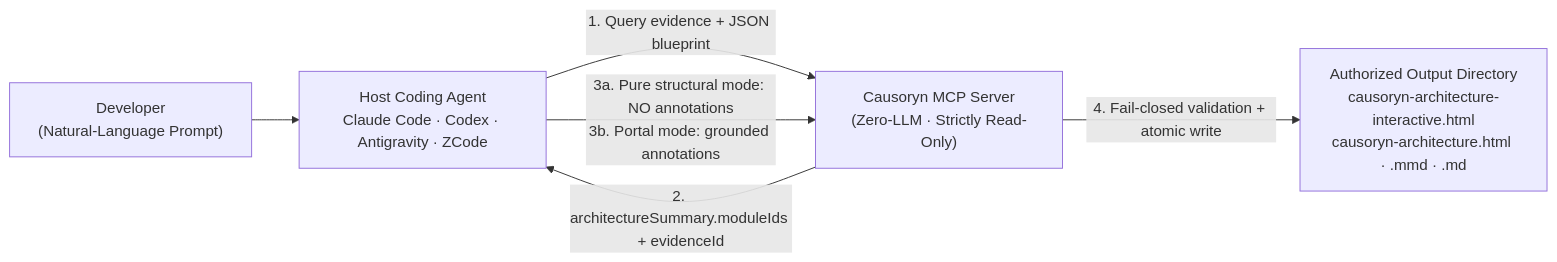
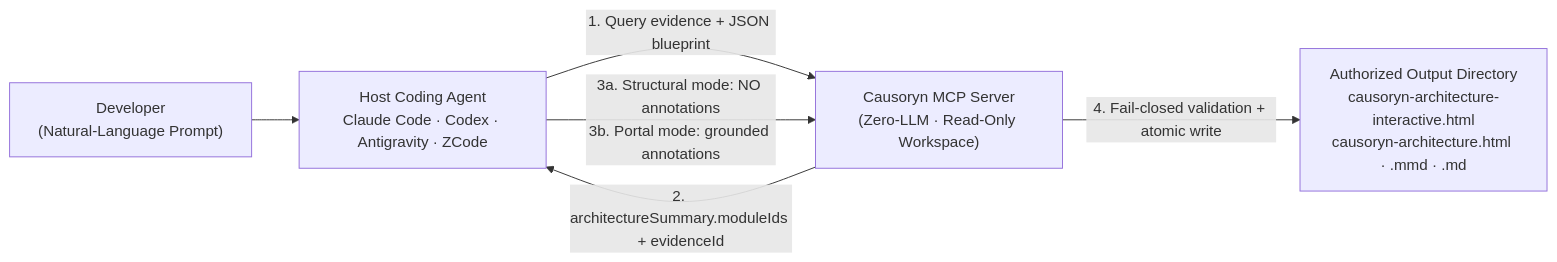
One commit to MrBekoX/Causoryn changed the diagram in docs/en/prompting-and-architecture-portals.md. Above: the diagram before and after it, drawn with Mermaid. The commit also changed other lines of this file and 11 other files, not shown here.

````diff
--- a/docs/en/prompting-and-architecture-portals.md
+++ b/docs/en/prompting-and-architecture-portals.md
@@ -23,8 +23,8 @@
 ```mermaid
 flowchart LR
   USER["Developer<br/>(Natural-Language Prompt)"] --> HOST["Host Coding Agent<br/>Claude Code · Codex · Antigravity · ZCode"]
-  HOST -->|"1. Query evidence + JSON blueprint"| MCP["Causoryn MCP Server<br/>(Zero-LLM · Strictly Read-Only)"]
+  HOST -->|"1. Query evidence + JSON blueprint"| MCP["Causoryn MCP Server<br/>(Zero-LLM · Read-Only Workspace)"]
   MCP -->|"2. architectureSummary.moduleIds + evidenceId"| HOST
-  HOST -->|"3a. Pure structural mode: NO annotations<br/>3b. Portal mode: grounded annotations"| MCP
+  HOST -->|"3a. Structural mode: NO annotations<br/>3b. Portal mode: grounded annotations"| MCP
   MCP -->|"4. Fail-closed validation + atomic write"| OUT["Authorized Output Directory<br/>causoryn-architecture-interactive.html<br/>causoryn-architecture.html · .mmd · .md"]
 ```
````
